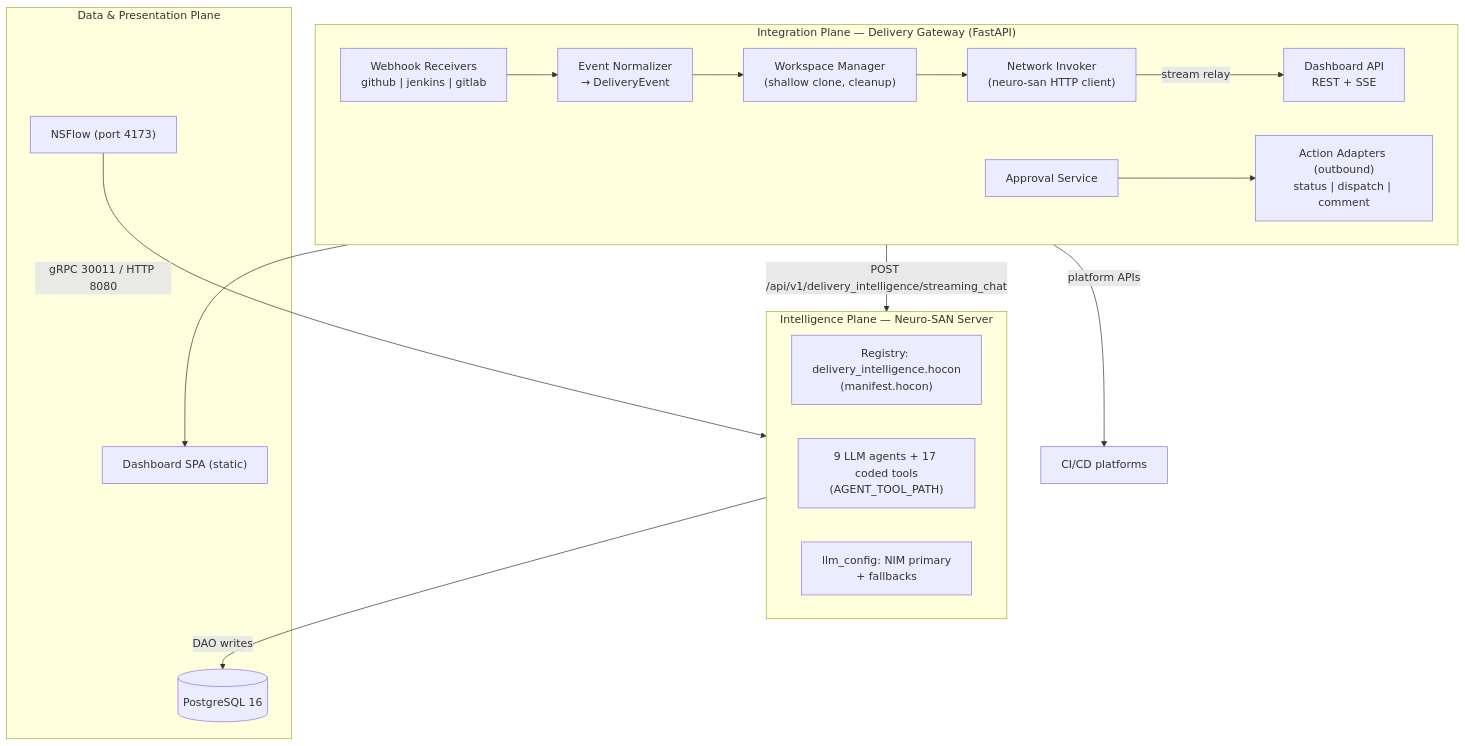
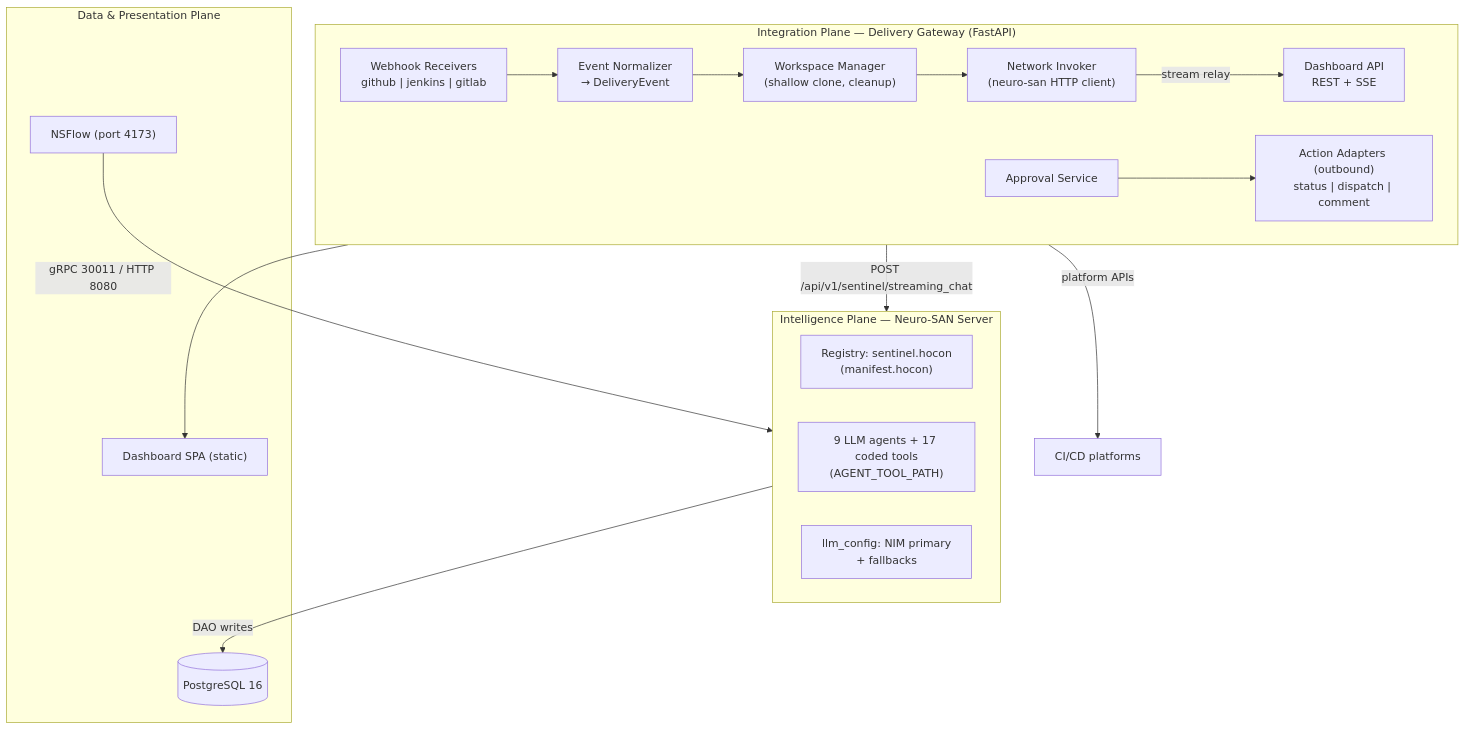
Before and after one commit to anandharshit712/Sentinel: the first of 3 diagrams in docs/solution/03-hld.md, drawn with Mermaid. The commit also changed other lines of this file and 37 other files, not shown here.

````diff
--- a/docs/solution/03-hld.md
+++ b/docs/solution/03-hld.md
@@ -29,35 +29,35 @@
 ```mermaid
 flowchart TB
     subgraph P1["Integration Plane — Delivery Gateway (FastAPI)"]
         direction LR
         WH["Webhook Receivers<br/>github | jenkins | gitlab"]
         NORM["Event Normalizer<br/>→ DeliveryEvent"]
         WS["Workspace Manager<br/>(shallow clone, cleanup)"]
         INV["Network Invoker<br/>(neuro-san HTTP client)"]
         ACT["Action Adapters (outbound)<br/>status | dispatch | comment"]
         API["Dashboard API<br/>REST + SSE"]
         APPR["Approval Service"]
     end
 
     subgraph P2["Intelligence Plane — Neuro-SAN Server"]
         direction LR
-        REG["Registry: delivery_intelligence.hocon<br/>(manifest.hocon)"]
+        REG["Registry: sentinel.hocon<br/>(manifest.hocon)"]
         AG["9 LLM agents + 17 coded tools<br/>(AGENT_TOOL_PATH)"]
         LLM["llm_config: NIM primary<br/>+ fallbacks"]
     end
 
     subgraph P3["Data & Presentation Plane"]
         PG[("PostgreSQL 16")]
         UI["Dashboard SPA (static)"]
         NF["NSFlow (port 4173)"]
     end
 
     WH --> NORM --> WS --> INV
-    INV -->|"POST /api/v1/delivery_intelligence/streaming_chat"| REG
+    INV -->|"POST /api/v1/sentinel/streaming_chat"| REG
     AG -->|"DAO writes"| PG
     INV -->|"stream relay"| API
     API --> UI
     APPR --> ACT
     ACT -->|"platform APIs"| EXT["CI/CD platforms"]
     NF -->|"gRPC 30011 / HTTP 8080"| REG
 ```
````
